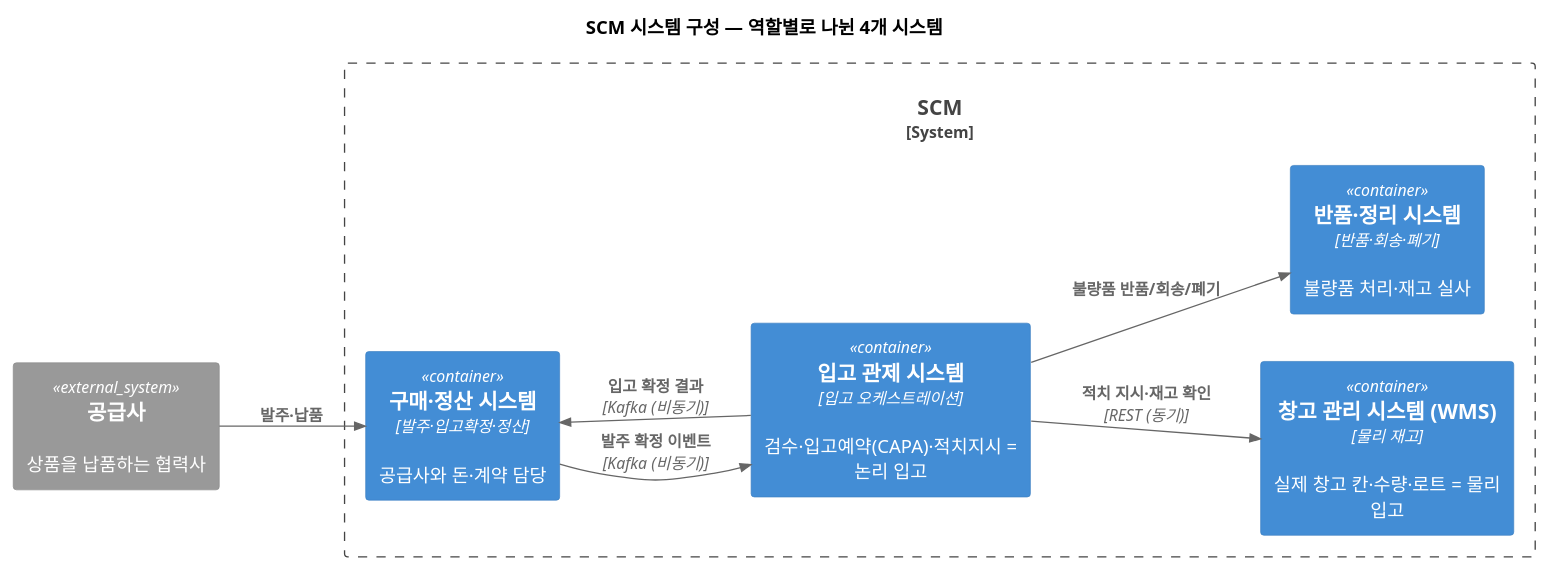
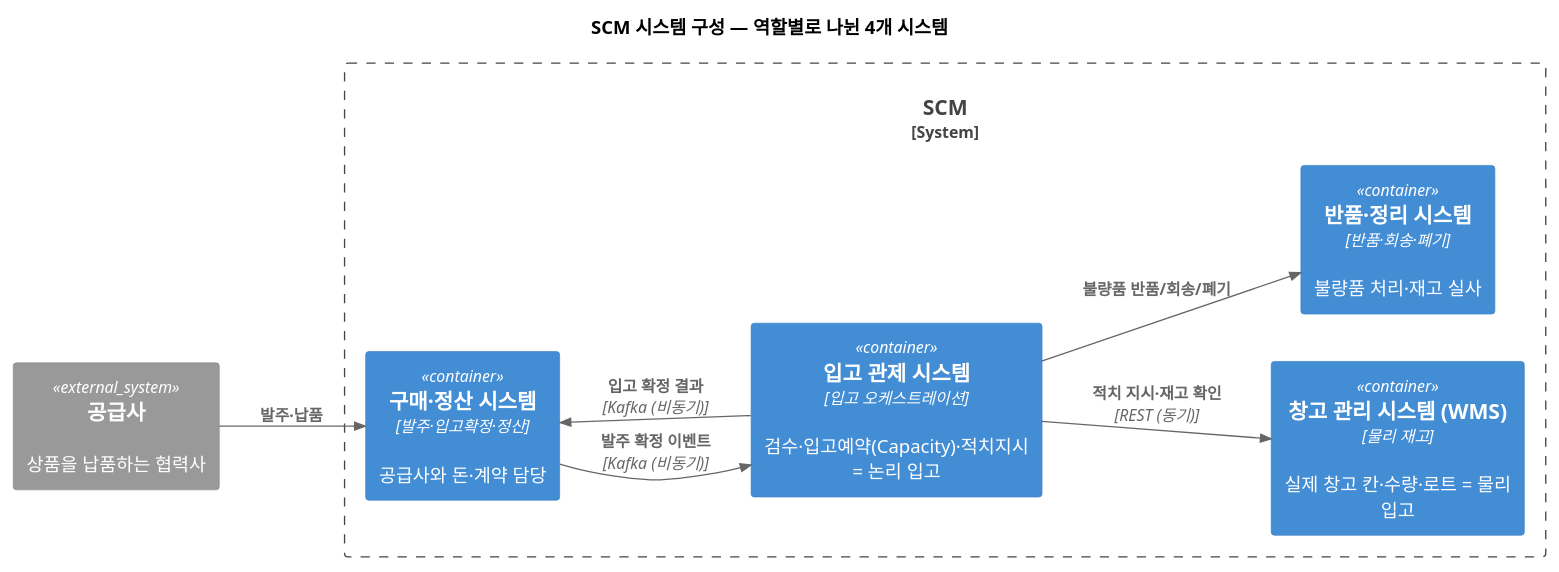
One commit to johnycho/johny-dev changed the first of 10 diagrams in blog/2026-10-20-scm-system-explained.mdx. Above: the diagram before and after it, drawn with PlantUML. The commit also changed other lines of this file and 4 other files, not shown here.

````diff
--- a/blog/2026-10-20-scm-system-explained.mdx
+++ b/blog/2026-10-20-scm-system-explained.mdx
@@ -45,22 +45,22 @@
 ```plantuml
 @startuml
 !include https://raw.githubusercontent.com/plantuml-stdlib/C4-PlantUML/master/C4_Container.puml
 LAYOUT_LEFT_RIGHT()
 title SCM 시스템 구성 — 역할별로 나뉜 4개 시스템
 
 System_Ext(supplier, "공급사", "상품을 납품하는 협력사")
 
 System_Boundary(scm, "SCM") {
   Container(escm, "구매·정산 시스템", "발주·입고확정·정산", "공급사와 돈·계약 담당")
-  Container(inbound, "입고 관제 시스템", "입고 오케스트레이션", "검수·입고예약(CAPA)·적치지시 = 논리 입고")
+  Container(inbound, "입고 관제 시스템", "입고 오케스트레이션", "검수·입고예약(Capacity)·적치지시 = 논리 입고")
   Container(wms, "창고 관리 시스템 (WMS)", "물리 재고", "실제 창고 칸·수량·로트 = 물리 입고")
   Container(rms, "반품·정리 시스템", "반품·회송·폐기", "불량품 처리·재고 실사")
 }
 
 Rel(supplier, escm, "발주·납품")
 Rel(escm, inbound, "발주 확정 이벤트", "Kafka (비동기)")
 Rel(inbound, escm, "입고 확정 결과", "Kafka (비동기)")
 Rel(inbound, wms, "적치 지시·재고 확인", "REST (동기)")
 Rel(inbound, rms, "불량품 반품/회송/폐기")
 @enduml
 ```
````
